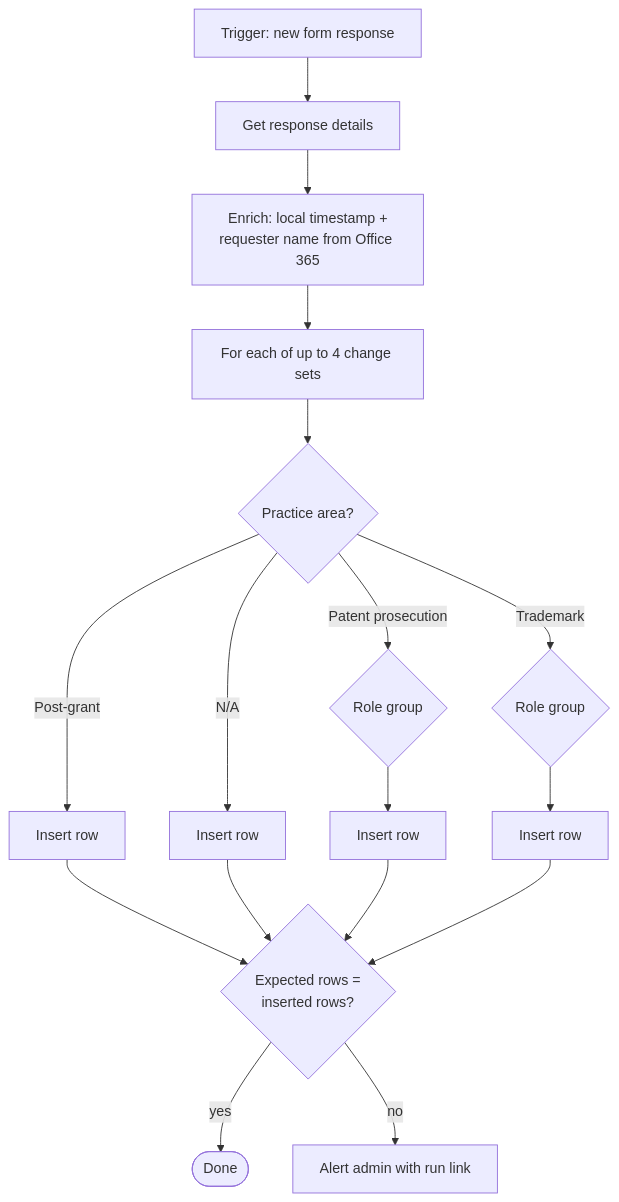
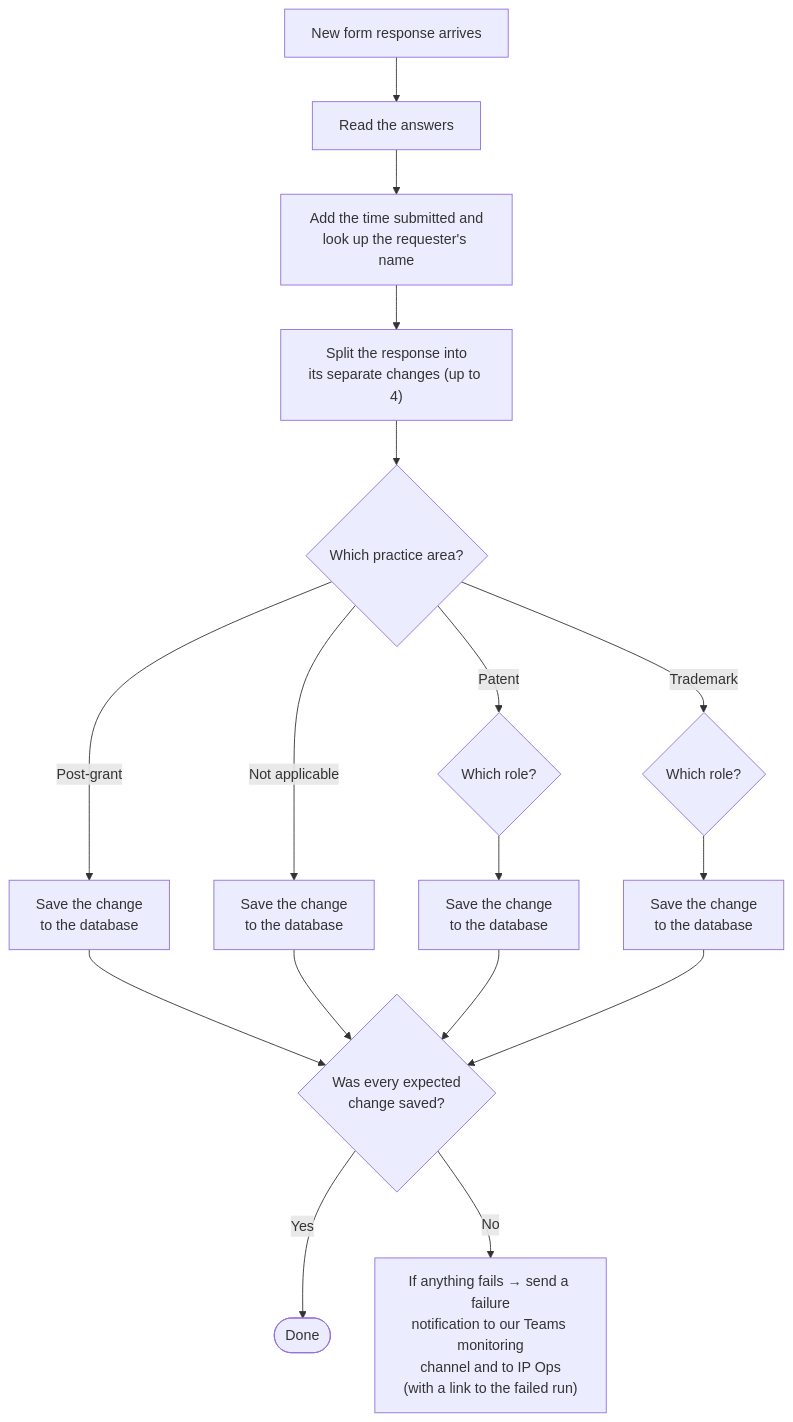
Before and after one commit to AI-Jess/Career-Portfolio: the second of 2 diagrams in content/case-studies/ip-staffing-updates.md, drawn with Mermaid. The commit also changed other lines of this file and 5 other files, not shown here.

````diff
--- a/content/case-studies/ip-staffing-updates.md
+++ b/content/case-studies/ip-staffing-updates.md
@@ -68,16 +87,16 @@
 ```mermaid
 flowchart TD
-    T[Trigger: new form response] --> G[Get response details]
-    G --> E[Enrich: local timestamp +<br/>requester name from Office 365]
-    E --> L[For each of up to 4 change sets]
-    L --> PA{Practice area?}
-    PA -->|Patent prosecution| PR{Role group}
-    PA -->|Post-grant| I1[Insert row]
-    PA -->|Trademark| TR{Role group}
-    PA -->|N/A| I2[Insert row]
-    PR --> I3[Insert row]
-    TR --> I4[Insert row]
-    I1 & I2 & I3 & I4 --> C{Expected rows =<br/>inserted rows?}
-    C -->|yes| OK([Done])
-    C -->|no| AL[Alert admin with run link]
+    T["New form response arrives"] --> G["Read the answers"]
+    G --> E["Add the time submitted and<br/>look up the requester's name"]
+    E --> L["Split the response into<br/>its separate changes (up to 4)"]
+    L --> PA{"Which practice area?"}
+    PA -->|Patent| PR{"Which role?"}
+    PA -->|Post-grant| I1["Save the change<br/>to the database"]
+    PA -->|Trademark| TR{"Which role?"}
+    PA -->|Not applicable| I2["Save the change<br/>to the database"]
+    PR --> I3["Save the change<br/>to the database"]
+    TR --> I4["Save the change<br/>to the database"]
+    I1 & I2 & I3 & I4 --> C{"Was every expected<br/>change saved?"}
+    C -->|Yes| OK(["Done"])
+    C -->|No| AL["If anything fails → send a failure<br/>notification to our Teams monitoring<br/>channel and to IP Ops<br/>(with a link to the failed run)"]
 ```
````
